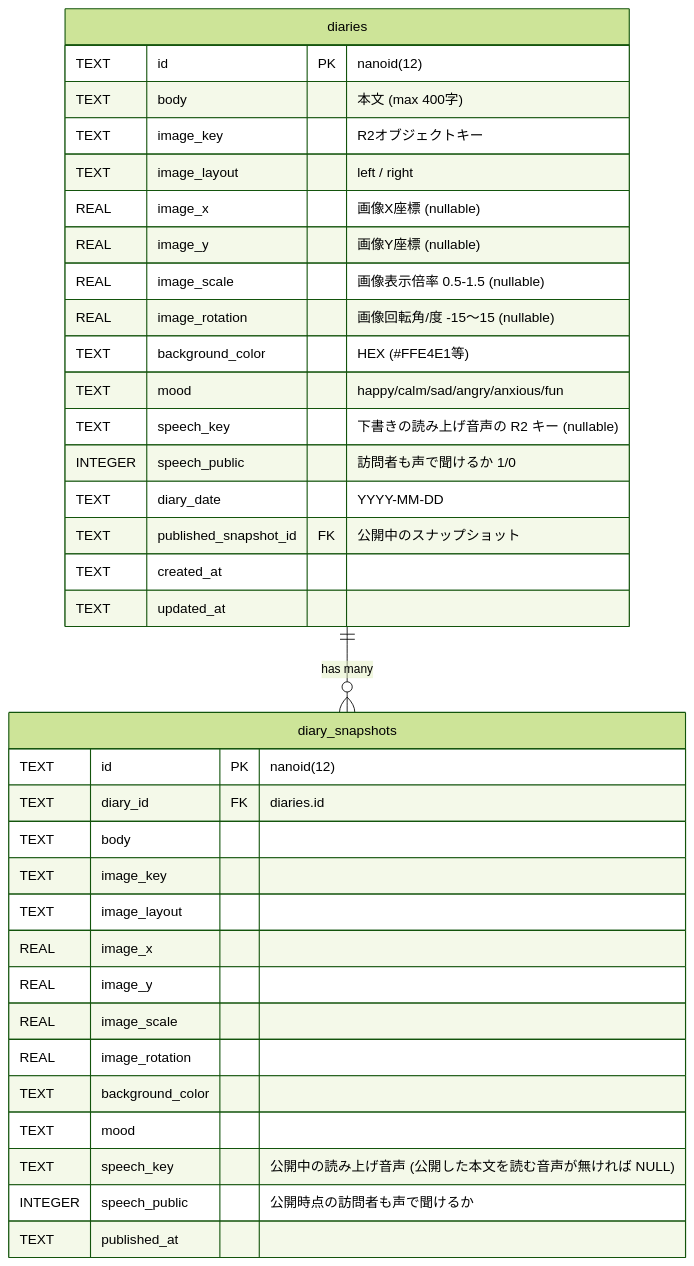
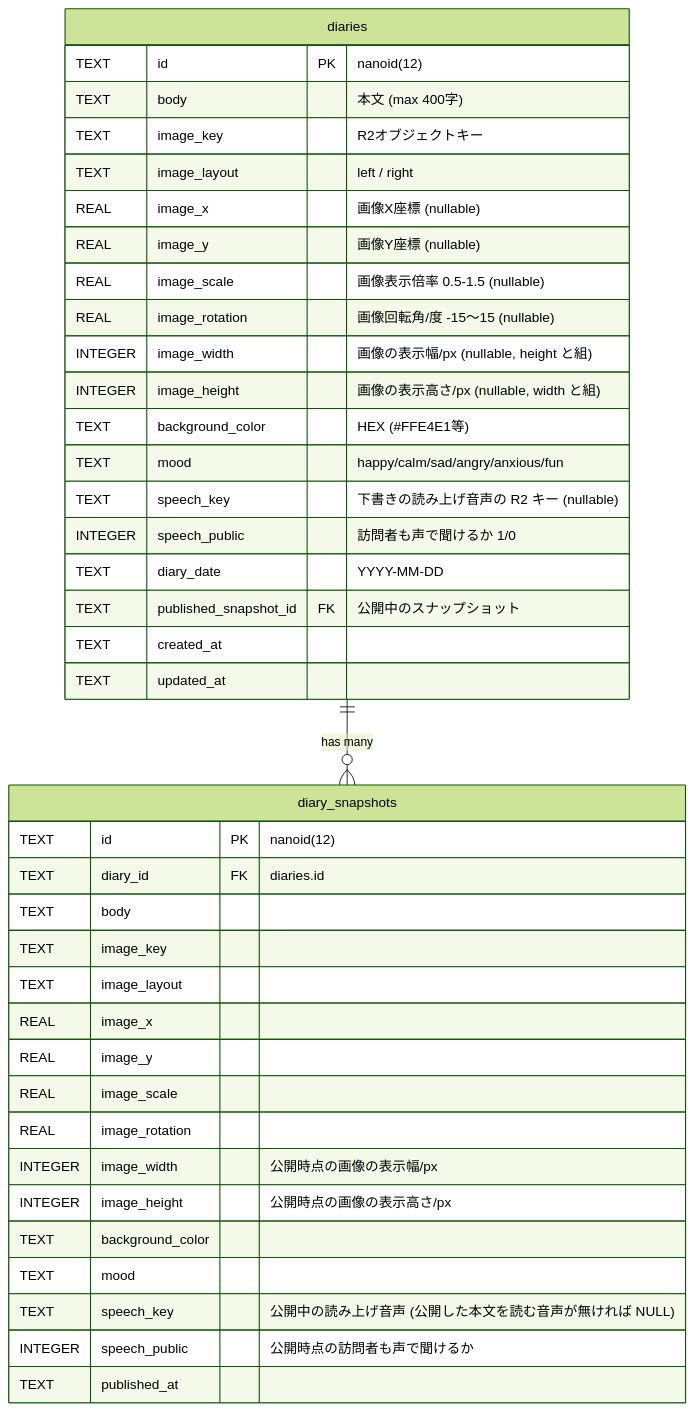
One commit to shimabox/400-diary changed the first of 3 diagrams in docs/architecture/database.md. Above: the diagram before and after it, drawn with Mermaid (forest theme). The commit also changed other lines of this file and 42 other files, not shown here.

````diff
--- a/docs/architecture/database.md
+++ b/docs/architecture/database.md
@@ -38,38 +38,42 @@
 ```mermaid
 erDiagram
     diaries ||--o{ diary_snapshots : "has many"
     diaries {
         TEXT id PK "nanoid(12)"
         TEXT body "本文 (max 400字)"
         TEXT image_key "R2オブジェクトキー"
         TEXT image_layout "left / right"
         REAL image_x "画像X座標 (nullable)"
         REAL image_y "画像Y座標 (nullable)"
         REAL image_scale "画像表示倍率 0.5-1.5 (nullable)"
         REAL image_rotation "画像回転角/度 -15〜15 (nullable)"
+        INTEGER image_width "画像の表示幅/px (nullable, height と組)"
+        INTEGER image_height "画像の表示高さ/px (nullable, width と組)"
         TEXT background_color "HEX (#FFE4E1等)"
         TEXT mood "happy/calm/sad/angry/anxious/fun"
         TEXT speech_key "下書きの読み上げ音声の R2 キー (nullable)"
         INTEGER speech_public "訪問者も声で聞けるか 1/0"
         TEXT diary_date "YYYY-MM-DD"
         TEXT published_snapshot_id FK "公開中のスナップショット"
         TEXT created_at
         TEXT updated_at
     }
     diary_snapshots {
         TEXT id PK "nanoid(12)"
         TEXT diary_id FK "diaries.id"
         TEXT body
         TEXT image_key
         TEXT image_layout
         REAL image_x
         REAL image_y
         REAL image_scale
         REAL image_rotation
+        INTEGER image_width "公開時点の画像の表示幅/px"
+        INTEGER image_height "公開時点の画像の表示高さ/px"
         TEXT background_color
         TEXT mood
         TEXT speech_key "公開中の読み上げ音声 (公開した本文を読む音声が無ければ NULL)"
         INTEGER speech_public "公開時点の訪問者も声で聞けるか"
         TEXT published_at
     }
 ```
````
